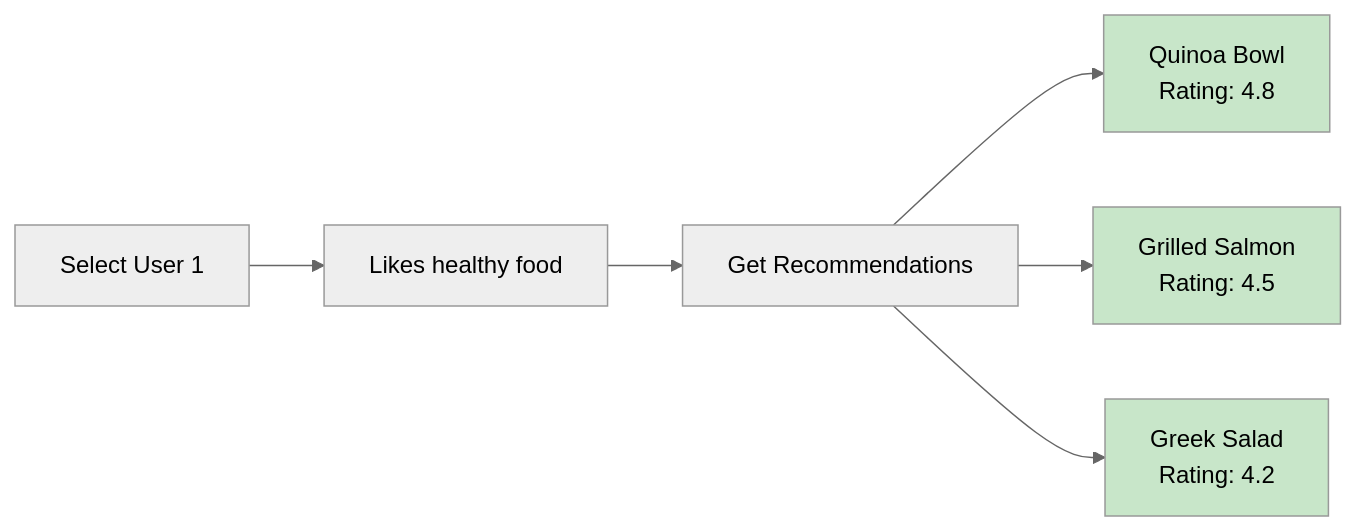
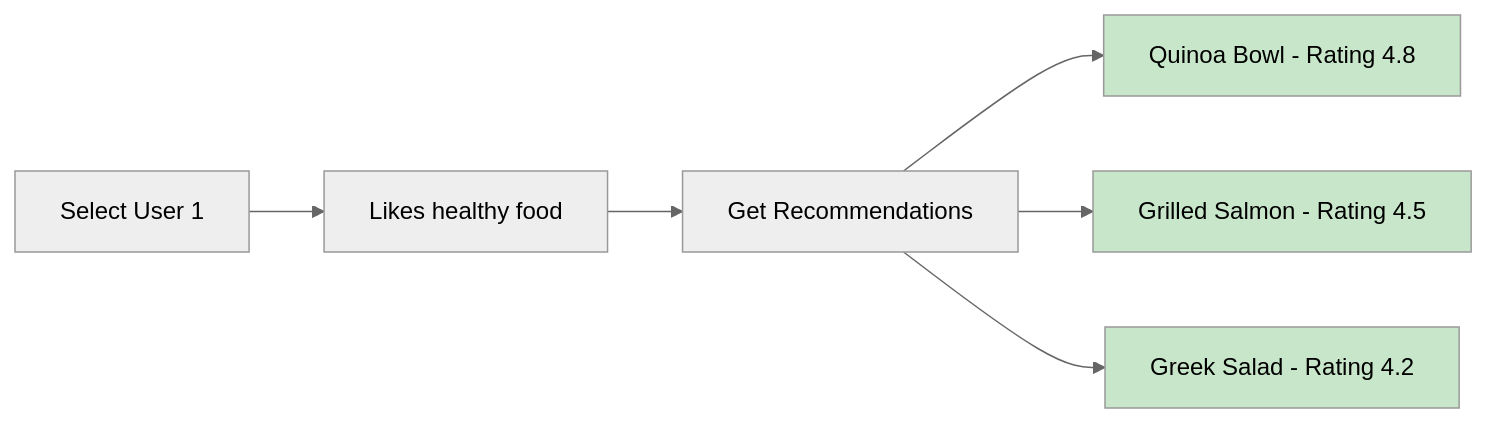
Before and after one commit to PritDudhia/RecipeRecommender: the seventh of 9 diagrams in docs/FEATURE2-VISUAL-FLOW.md, drawn with Mermaid (neutral theme). The commit also changed other lines of this file, not shown here.

Commit message:
fix: Remove HTML tags from Mermaid diagrams in Feature 2 documentation

````diff
--- a/docs/FEATURE2-VISUAL-FLOW.md
+++ b/docs/FEATURE2-VISUAL-FLOW.md
@@ -193,12 +193,12 @@
 ```mermaid
 graph LR
     A[Select User 1] --> B[Likes healthy food]
     B --> C[Get Recommendations]
-    C --> D[Quinoa Bowl<br/>Rating: 4.8]
-    C --> E[Grilled Salmon<br/>Rating: 4.5]
-    C --> F[Greek Salad<br/>Rating: 4.2]
+    C --> D[Quinoa Bowl - Rating 4.8]
+    C --> E[Grilled Salmon - Rating 4.5]
+    C --> F[Greek Salad - Rating 4.2]
     
     style D fill:#c8e6c9
     style E fill:#c8e6c9
     style F fill:#c8e6c9
 ```
````
